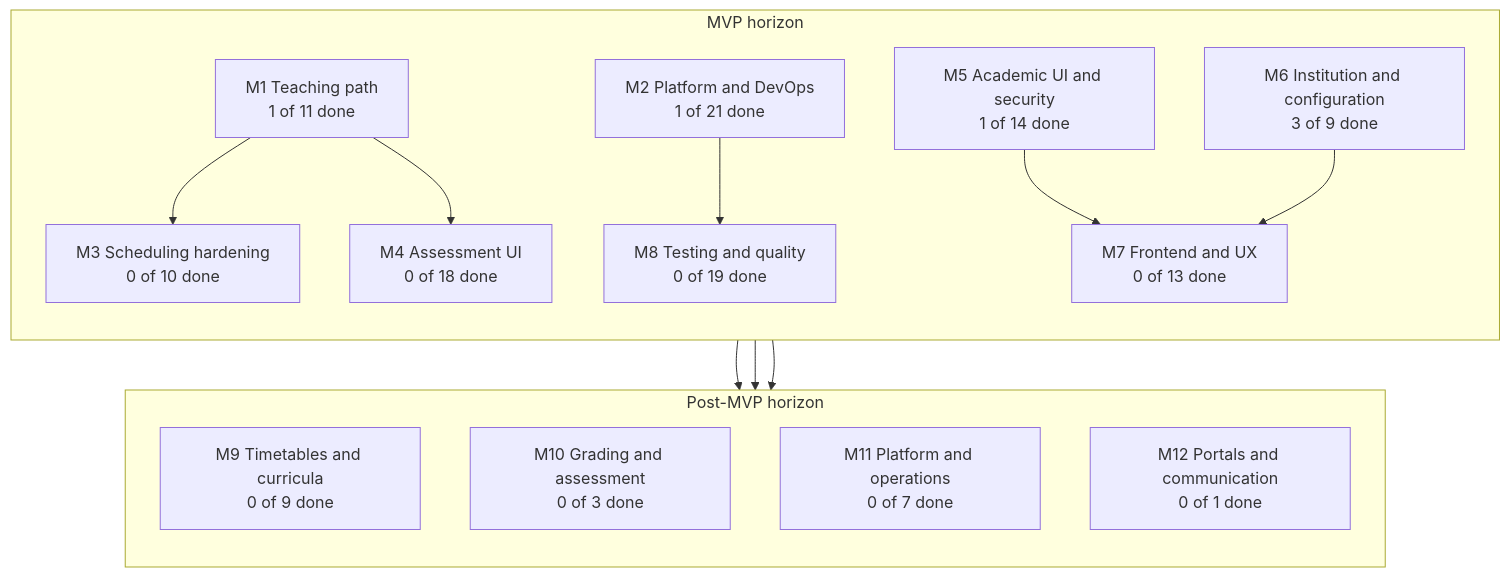
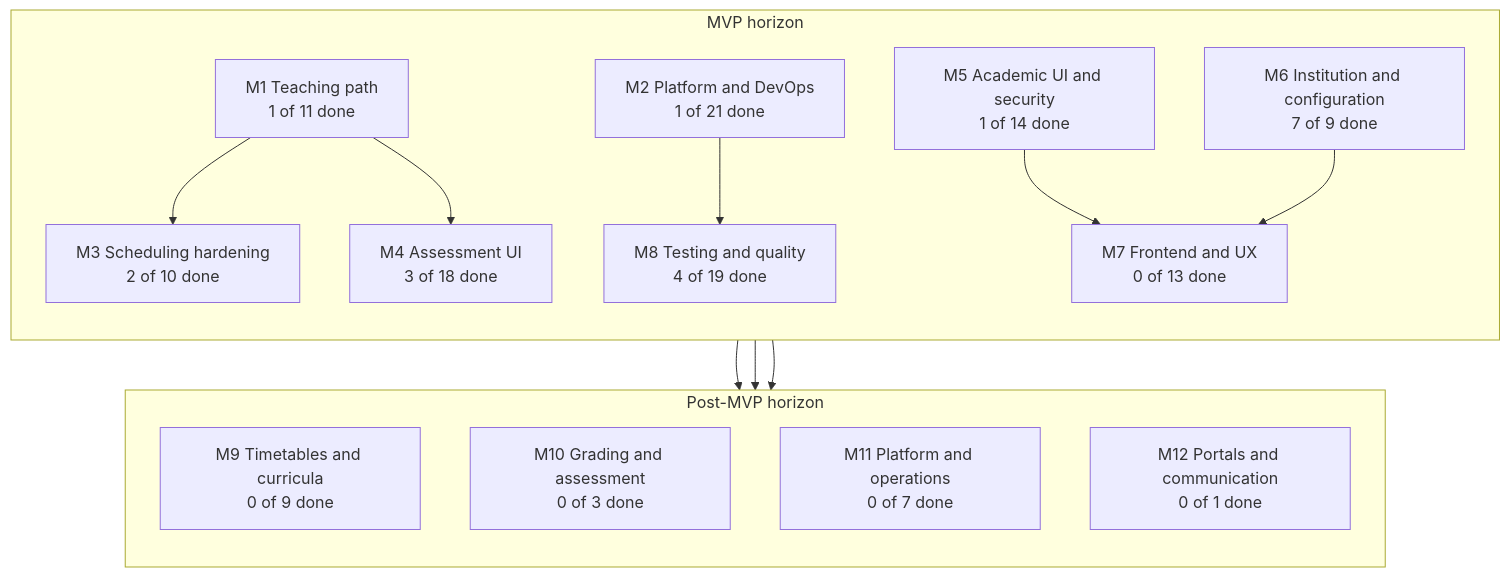
One commit to DEV-L3-MISA-2026/DESS changed the diagram in docs/roadmap/milestones.mmd. Above: the diagram before and after it, drawn with Mermaid. The commit also changed 2 other files, not shown here.

Commit message:
docs(roadmap): reflect audited done tasks in milestone counts

```diff
--- a/docs/roadmap/milestones.mmd
+++ b/docs/roadmap/milestones.mmd
@@ -1,29 +1,29 @@
 flowchart TB
     subgraph MVP["MVP horizon"]
         direction TB
         M1["M1 Teaching path<br/>1 of 11 done"]
         M2["M2 Platform and DevOps<br/>1 of 21 done"]
-        M3["M3 Scheduling hardening<br/>0 of 10 done"]
-        M4["M4 Assessment UI<br/>0 of 18 done"]
+        M3["M3 Scheduling hardening<br/>2 of 10 done"]
+        M4["M4 Assessment UI<br/>3 of 18 done"]
         M5["M5 Academic UI and security<br/>1 of 14 done"]
-        M6["M6 Institution and configuration<br/>3 of 9 done"]
+        M6["M6 Institution and configuration<br/>7 of 9 done"]
         M7["M7 Frontend and UX<br/>0 of 13 done"]
-        M8["M8 Testing and quality<br/>0 of 19 done"]
+        M8["M8 Testing and quality<br/>4 of 19 done"]
     end
 
     subgraph POST["Post-MVP horizon"]
         direction TB
         M9["M9 Timetables and curricula<br/>0 of 9 done"]
         M10["M10 Grading and assessment<br/>0 of 3 done"]
         M11["M11 Platform and operations<br/>0 of 7 done"]
         M12["M12 Portals and communication<br/>0 of 1 done"]
     end
 
     M1 --> M3
     M1 --> M4
     M2 --> M8
     M3 --> M9
     M4 --> M10
     M5 --> M7
     M6 --> M7
     M8 --> M11
```
